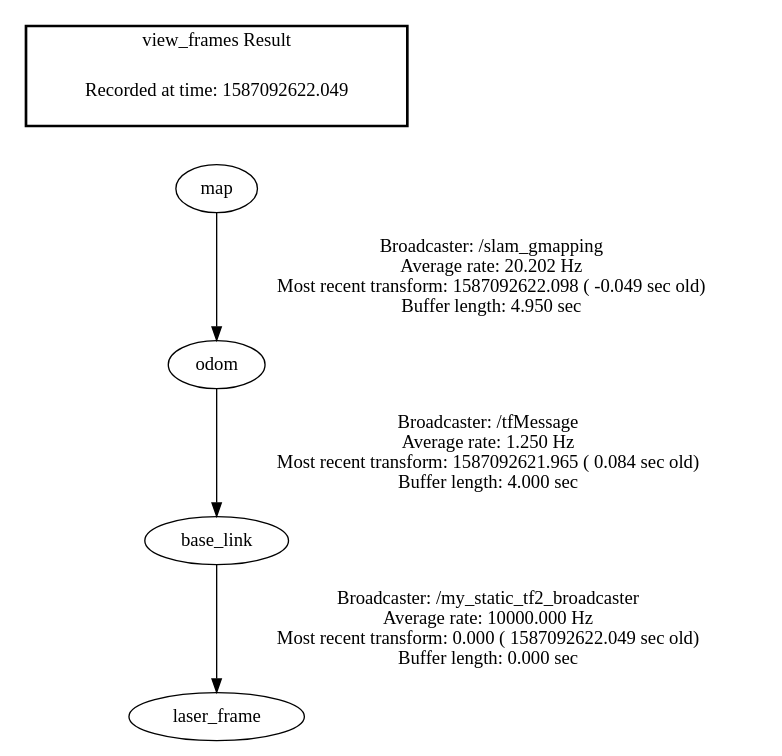
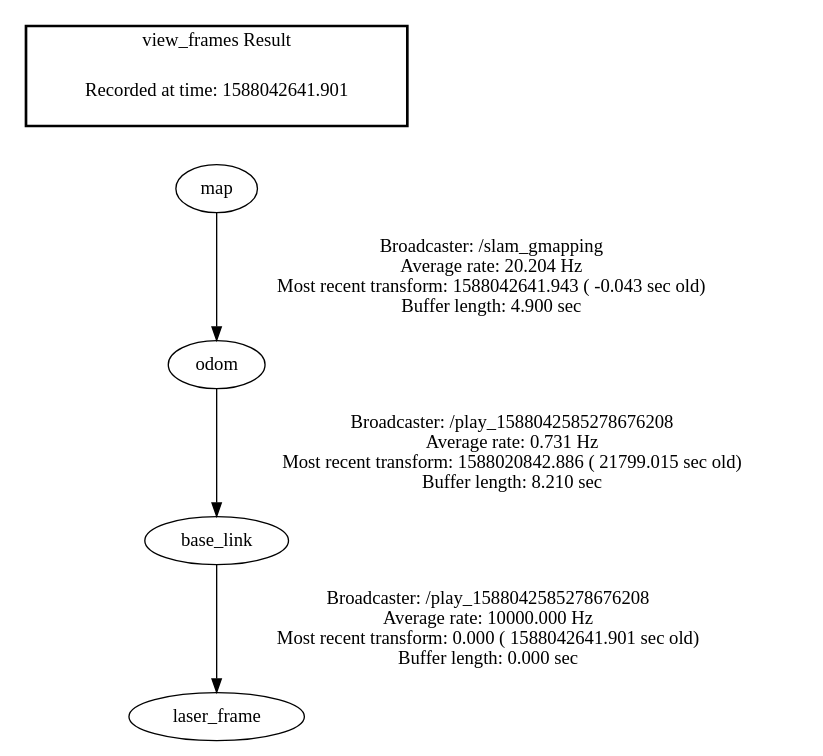
One commit to sanketgoyal/Crazyflie_ROS changed the diagram in frames.gv. Above: the diagram before and after it, drawn with Graphviz. The commit also changed 1 other file, not shown here.

```diff
--- a/frames.gv
+++ b/frames.gv
@@ -1,9 +1,9 @@
 digraph G {
-"base_link" -> "laser_frame"[label="Broadcaster: /my_static_tf2_broadcaster\nAverage rate: 10000.000 Hz\nMost recent transform: 0.000 ( 1587092622.049 sec old)\nBuffer length: 0.000 sec\n"];
-"odom" -> "base_link"[label="Broadcaster: /tfMessage\nAverage rate: 1.250 Hz\nMost recent transform: 1587092621.965 ( 0.084 sec old)\nBuffer length: 4.000 sec\n"];
-"map" -> "odom"[label="Broadcaster: /slam_gmapping\nAverage rate: 20.202 Hz\nMost recent transform: 1587092622.098 ( -0.049 sec old)\nBuffer length: 4.950 sec\n"];
+"base_link" -> "laser_frame"[label="Broadcaster: /play_1588042585278676208\nAverage rate: 10000.000 Hz\nMost recent transform: 0.000 ( 1588042641.901 sec old)\nBuffer length: 0.000 sec\n"];
+"odom" -> "base_link"[label="Broadcaster: /play_1588042585278676208\nAverage rate: 0.731 Hz\nMost recent transform: 1588020842.886 ( 21799.015 sec old)\nBuffer length: 8.210 sec\n"];
+"map" -> "odom"[label="Broadcaster: /slam_gmapping\nAverage rate: 20.204 Hz\nMost recent transform: 1588042641.943 ( -0.043 sec old)\nBuffer length: 4.900 sec\n"];
 edge [style=invis];
  subgraph cluster_legend { style=bold; color=black; label ="view_frames Result";
-"Recorded at time: 1587092622.049"[ shape=plaintext ] ;
+"Recorded at time: 1588042641.901"[ shape=plaintext ] ;
  }->"map";
 }
```
